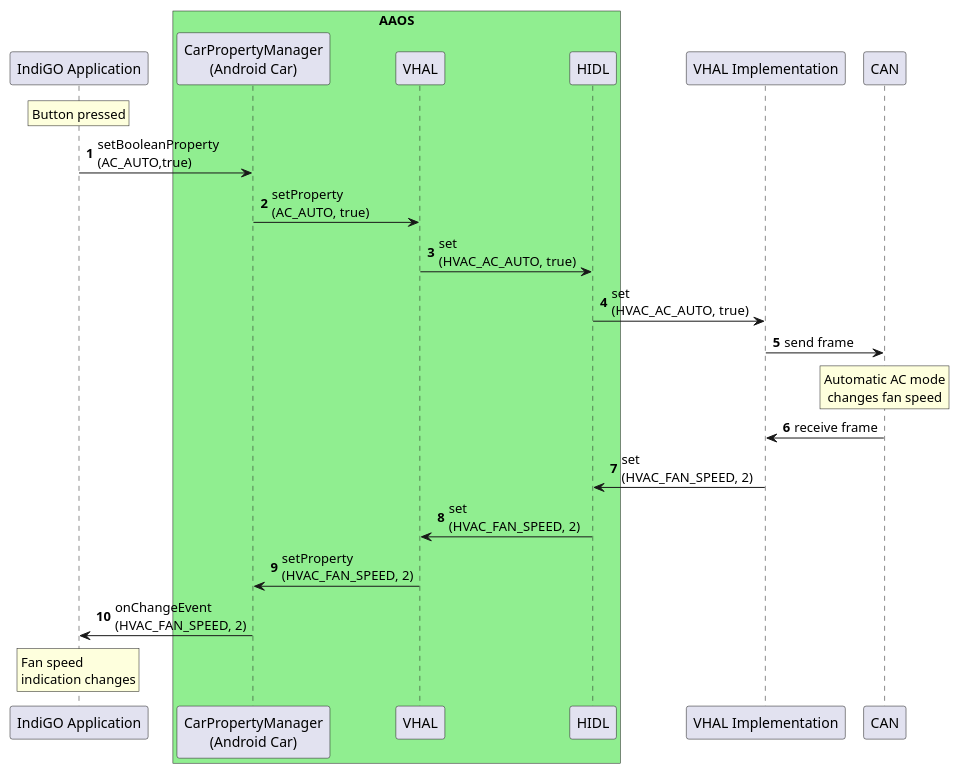
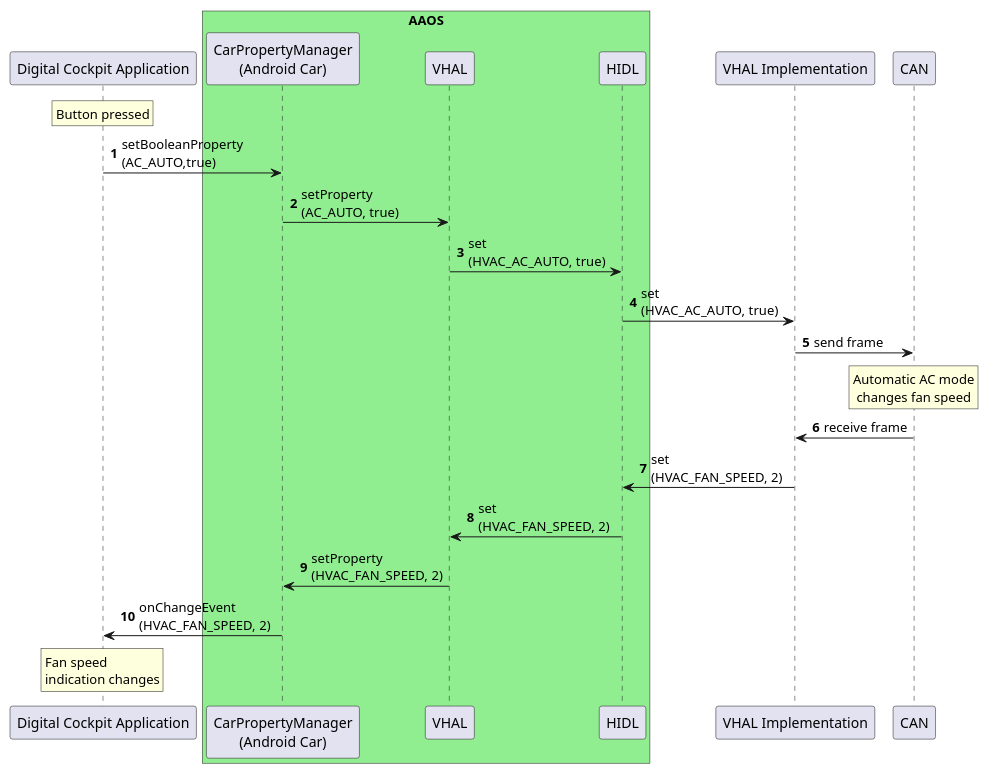
Before and after one commit to IngoHaumann-TomTom/tomtom-digital-cockpit-sdk-examples: the diagram in docs/portal/src/documentation/integrating-tomtom-indigo/images/integrating_in_vehicle_vehicle_property.plantuml, drawn with PlantUML. The commit also changed 22 other files, not shown here.

First line of the commit message:
Merged PR 26741: IVI-8792: Patch .plantuml and .svg files

```diff
--- a/docs/portal/src/documentation/integrating-tomtom-indigo/images/integrating_in_vehicle_vehicle_property.plantuml
+++ b/docs/portal/src/documentation/integrating-tomtom-indigo/images/integrating_in_vehicle_vehicle_property.plantuml
@@ -1,37 +1,37 @@
 @startuml
 autonumber
 
-rnote over "IndiGO Application"
+rnote over "Digital Cockpit Application"
 Button pressed
 endrnote
 
-"IndiGO Application" -> "CarPropertyManager\n(Android Car)" : setBooleanProperty\n(AC_AUTO,true)
+"Digital Cockpit Application" -> "CarPropertyManager\n(Android Car)" : setBooleanProperty\n(AC_AUTO,true)
 
 box "AAOS" #LightGreen
 participant "CarPropertyManager\n(Android Car)"
 participant VHAL
 participant HIDL
 end box
 
 "CarPropertyManager\n(Android Car)" -> VHAL : setProperty\n(AC_AUTO, true)
 VHAL -> HIDL : set\n(HVAC_AC_AUTO, true)
 
 HIDL -> "VHAL Implementation" : set\n(HVAC_AC_AUTO, true)
  "VHAL Implementation" -> CAN : send frame
 
 rnote over CAN
 Automatic AC mode
  changes fan speed
 endrnote
 
 CAN ->  "VHAL Implementation" : receive frame
  "VHAL Implementation" -> HIDL: set\n(HVAC_FAN_SPEED, 2)
 HIDL -> VHAL: set\n(HVAC_FAN_SPEED, 2)
 VHAL -> "CarPropertyManager\n(Android Car)": setProperty\n(HVAC_FAN_SPEED, 2)
-"CarPropertyManager\n(Android Car)" ->"IndiGO Application": onChangeEvent\n(HVAC_FAN_SPEED, 2)
+"CarPropertyManager\n(Android Car)" ->"Digital Cockpit Application": onChangeEvent\n(HVAC_FAN_SPEED, 2)
 
-rnote over "IndiGO Application"
+rnote over "Digital Cockpit Application"
 Fan speed
 indication changes
 endrnote
 @enduml
```
